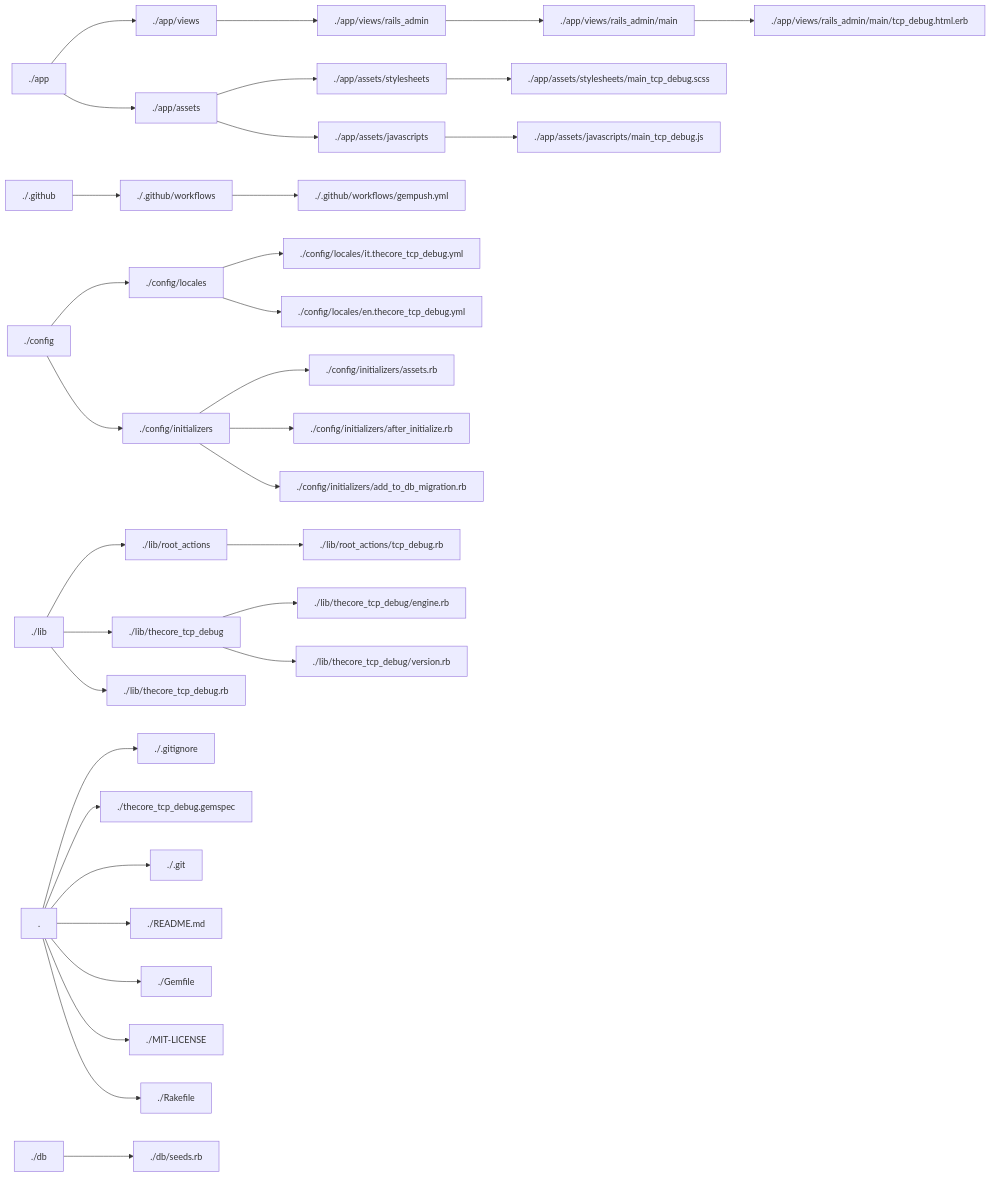
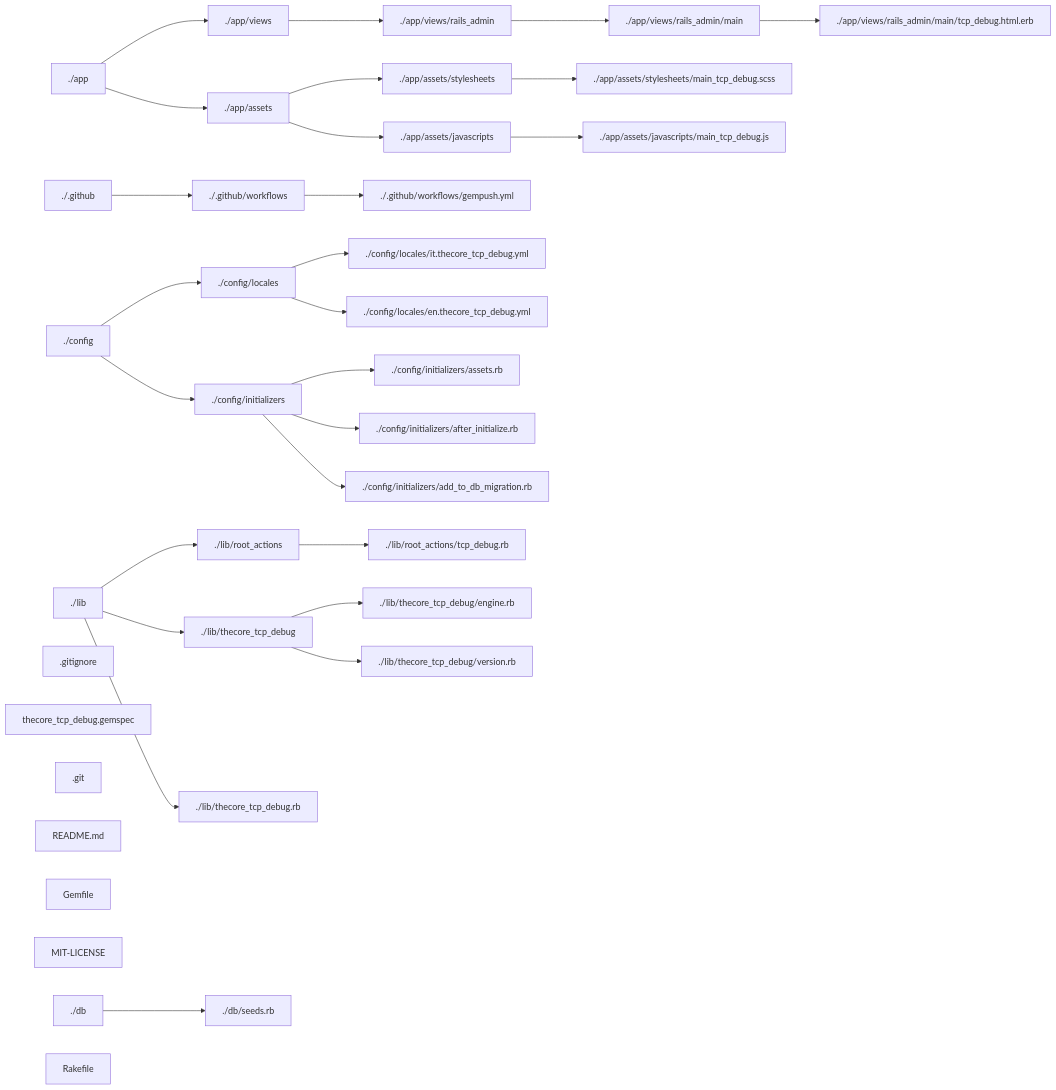
The diagram in docs/CONVENTIONS.md (gabrieletassoni/thecore), drawn with Mermaid before and after one commit.

````diff
--- a/docs/CONVENTIONS.md
+++ b/docs/CONVENTIONS.md
@@ -13,35 +13,35 @@
 ```mermaid
 graph LR
 ./app --> ./app/views
 ./app/views --> ./app/views/rails_admin
 ./app/views/rails_admin --> ./app/views/rails_admin/main
 ./app --> ./app/assets
 ./app/assets --> ./app/assets/stylesheets
 ./app/assets --> ./app/assets/javascripts
 ./.github --> ./.github/workflows
 ./config --> ./config/locales
 ./config --> ./config/initializers
 ./lib --> ./lib/root_actions
 ./lib --> ./lib/thecore_tcp_debug
 ./app/views/rails_admin/main --> ./app/views/rails_admin/main/tcp_debug.html.erb
 ./app/assets/stylesheets --> ./app/assets/stylesheets/main_tcp_debug.scss
 ./app/assets/javascripts --> ./app/assets/javascripts/main_tcp_debug.js
 ./.github/workflows --> ./.github/workflows/gempush.yml
-. --> ./.gitignore
-. --> ./thecore_tcp_debug.gemspec
-. --> ./.git
-. --> ./README.md
-. --> ./Gemfile
+.gitignore
+thecore_tcp_debug.gemspec
+.git
+README.md
+Gemfile
 ./config/locales --> ./config/locales/it.thecore_tcp_debug.yml
 ./config/locales --> ./config/locales/en.thecore_tcp_debug.yml
 ./config/initializers --> ./config/initializers/assets.rb
 ./config/initializers --> ./config/initializers/after_initialize.rb
 ./config/initializers --> ./config/initializers/add_to_db_migration.rb
-. --> ./MIT-LICENSE
+MIT-LICENSE
 ./lib/root_actions --> ./lib/root_actions/tcp_debug.rb
 ./lib/thecore_tcp_debug --> ./lib/thecore_tcp_debug/engine.rb
 ./lib/thecore_tcp_debug --> ./lib/thecore_tcp_debug/version.rb
 ./lib --> ./lib/thecore_tcp_debug.rb
 ./db --> ./db/seeds.rb
-. --> ./Rakefile
+Rakefile
 ```
````
